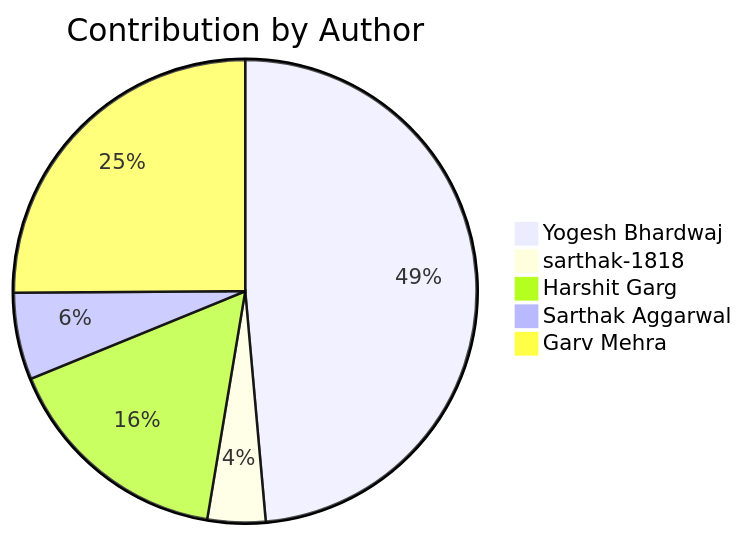
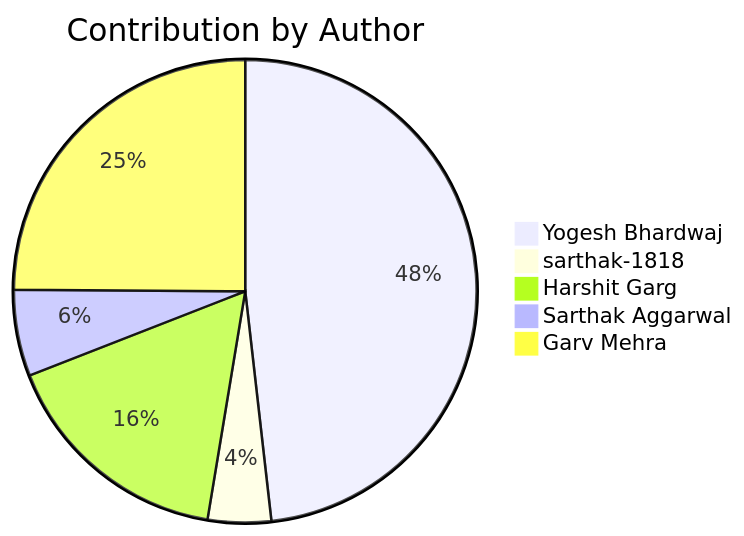
One commit to Yogesh-Bhardwaj-hue/Scm-Final_2.0 changed the second of 2 diagrams in README.md. Above: the diagram before and after it, drawn with Mermaid. The commit also changed other lines of this file, not shown here.

````diff
--- a/README.md
+++ b/README.md
@@ -190,8 +190,8 @@
 ```mermaid
 pie title Contribution by Author
     "Yogesh Bhardwaj": 120
-    "sarthak-1818": 10
-    "Harshit Garg": 40
+    "sarthak-1818": 11
+    "Harshit Garg": 41
     "Sarthak Aggarwal": 15
     "Garv Mehra": 62
 ```
````
